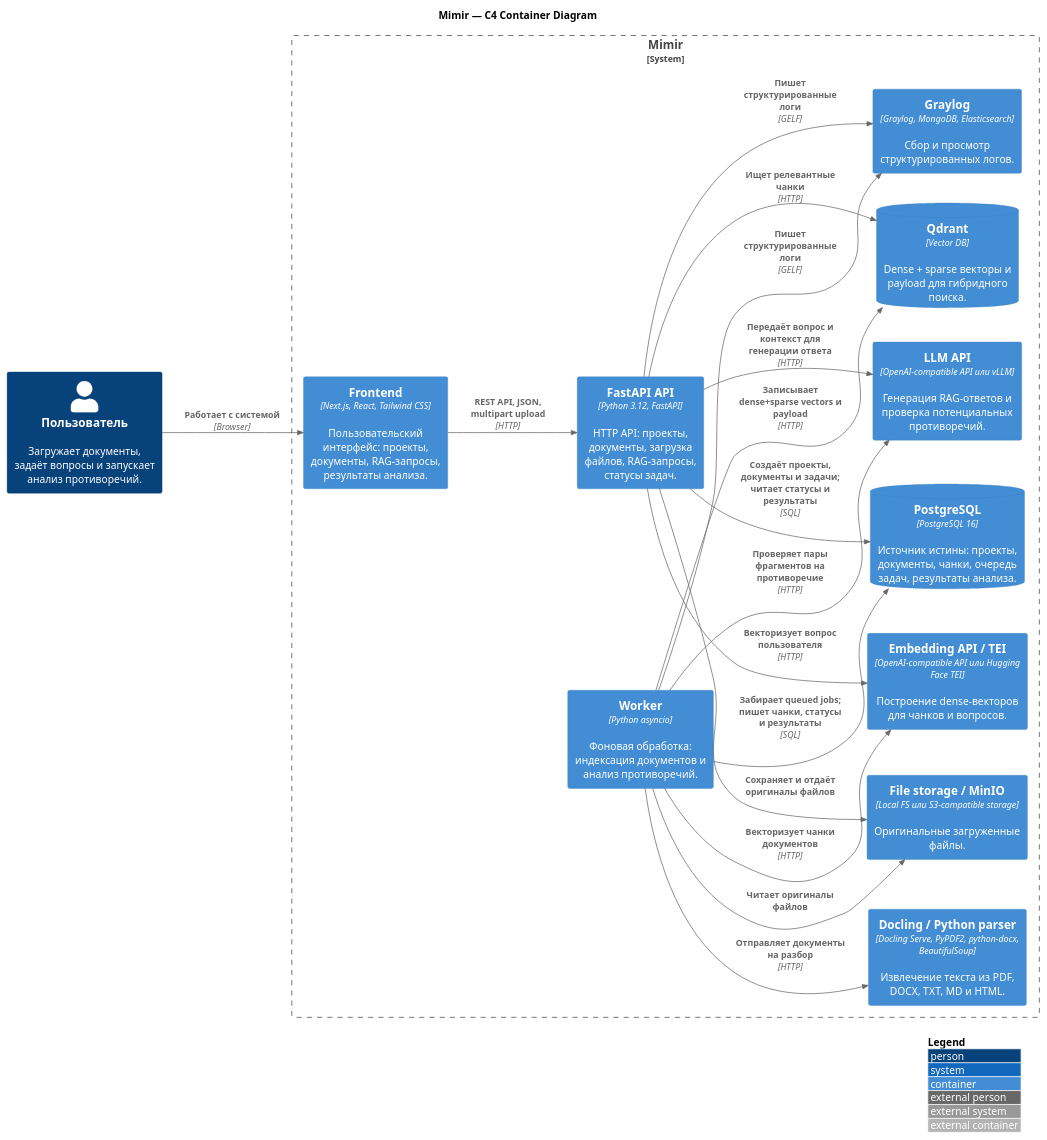
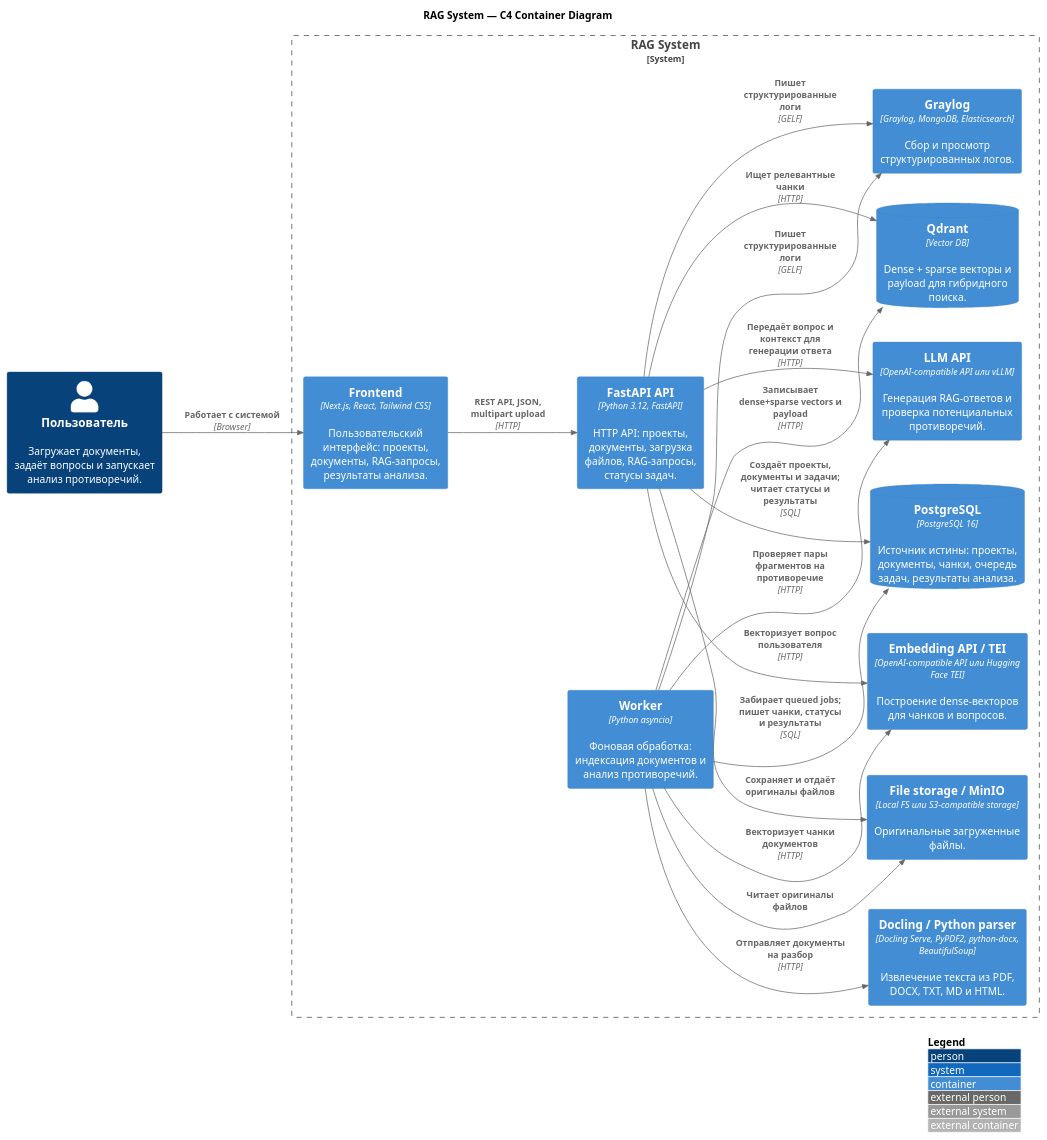
Before and after one commit to TechnoDamo/Diploma_Kubsu: the diagram in C4 Architecture.puml, drawn with PlantUML. The commit also changed 64 other files, not shown here.

Commit message:
Prepare RAG system deployment docs

```diff
--- a/C4 Architecture.puml
+++ b/C4 Architecture.puml
@@ -1,44 +1,44 @@
 @startuml
 !include https://raw.githubusercontent.com/plantuml-stdlib/C4-PlantUML/master/C4_Container.puml
 
 LAYOUT_WITH_LEGEND()
 LAYOUT_LEFT_RIGHT()
 
-title Mimir — C4 Container Diagram
+title RAG System — C4 Container Diagram
 
 Person(user, "Пользователь", "Загружает документы, задаёт вопросы и запускает анализ противоречий.")
 
-System_Boundary(mimir, "Mimir") {
+System_Boundary(rag_system, "RAG System") {
   Container(frontend, "Frontend", "Next.js, React, Tailwind CSS", "Пользовательский интерфейс: проекты, документы, RAG-запросы, результаты анализа.")
   Container(api, "FastAPI API", "Python 3.12, FastAPI", "HTTP API: проекты, документы, загрузка файлов, RAG-запросы, статусы задач.")
   Container(worker, "Worker", "Python asyncio", "Фоновая обработка: индексация документов и анализ противоречий.")
 
   ContainerDb(postgres, "PostgreSQL", "PostgreSQL 16", "Источник истины: проекты, документы, чанки, очередь задач, результаты анализа.")
   ContainerDb(qdrant, "Qdrant", "Vector DB", "Dense + sparse векторы и payload для гибридного поиска.")
   Container(storage, "File storage / MinIO", "Local FS или S3-compatible storage", "Оригинальные загруженные файлы.")
 
   Container(docling, "Docling / Python parser", "Docling Serve, PyPDF2, python-docx, BeautifulSoup", "Извлечение текста из PDF, DOCX, TXT, MD и HTML.")
   Container(embedding, "Embedding API / TEI", "OpenAI-compatible API или Hugging Face TEI", "Построение dense-векторов для чанков и вопросов.")
   Container(llm, "LLM API", "OpenAI-compatible API или vLLM", "Генерация RAG-ответов и проверка потенциальных противоречий.")
   Container(graylog, "Graylog", "Graylog, MongoDB, Elasticsearch", "Сбор и просмотр структурированных логов.")
 }
 
 Rel(user, frontend, "Работает с системой", "Browser")
 Rel(frontend, api, "REST API, JSON, multipart upload", "HTTP")
 
 Rel(api, postgres, "Создаёт проекты, документы и задачи; читает статусы и результаты", "SQL")
 Rel(api, storage, "Сохраняет и отдаёт оригиналы файлов")
 Rel(api, embedding, "Векторизует вопрос пользователя", "HTTP")
 Rel(api, qdrant, "Ищет релевантные чанки", "HTTP")
 Rel(api, llm, "Передаёт вопрос и контекст для генерации ответа", "HTTP")
 Rel(api, graylog, "Пишет структурированные логи", "GELF")
 
 Rel(worker, postgres, "Забирает queued jobs; пишет чанки, статусы и результаты", "SQL")
 Rel(worker, storage, "Читает оригиналы файлов")
 Rel(worker, docling, "Отправляет документы на разбор", "HTTP")
 Rel(worker, embedding, "Векторизует чанки документов", "HTTP")
 Rel(worker, qdrant, "Записывает dense+sparse vectors и payload", "HTTP")
 Rel(worker, llm, "Проверяет пары фрагментов на противоречие", "HTTP")
 Rel(worker, graylog, "Пишет структурированные логи", "GELF")
 
 @enduml
```
